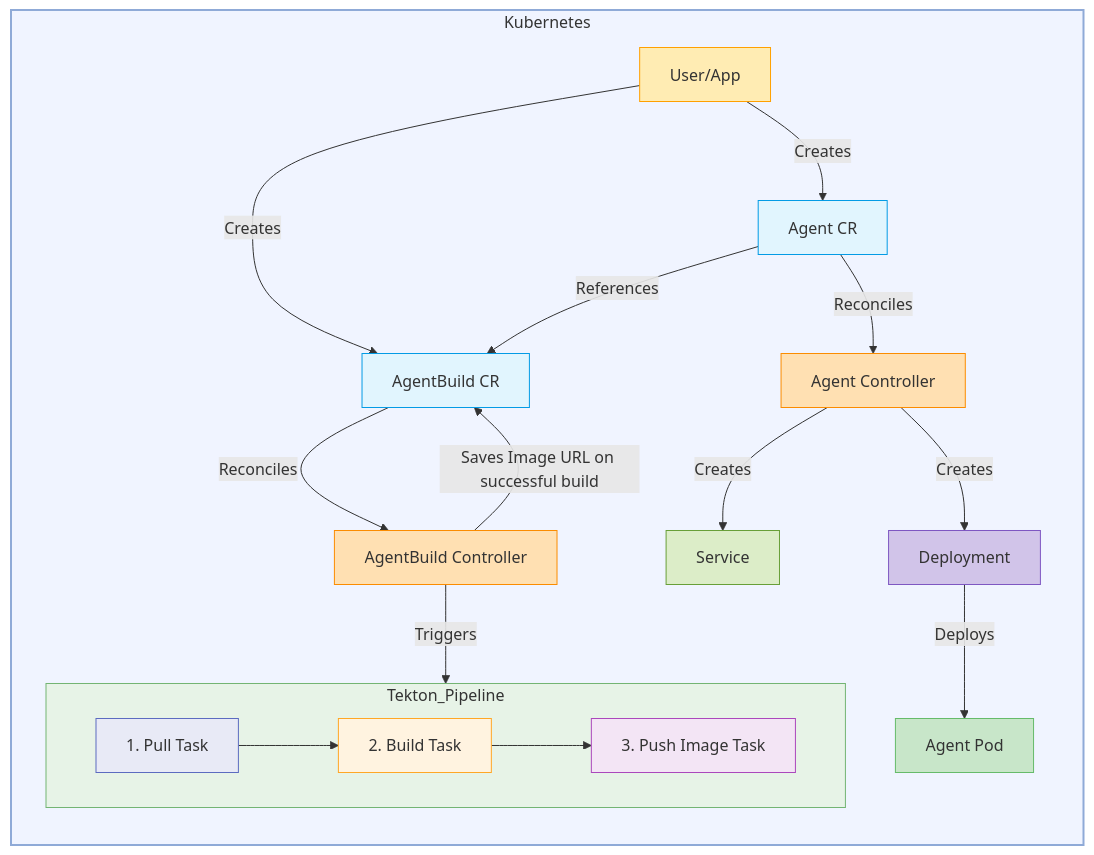
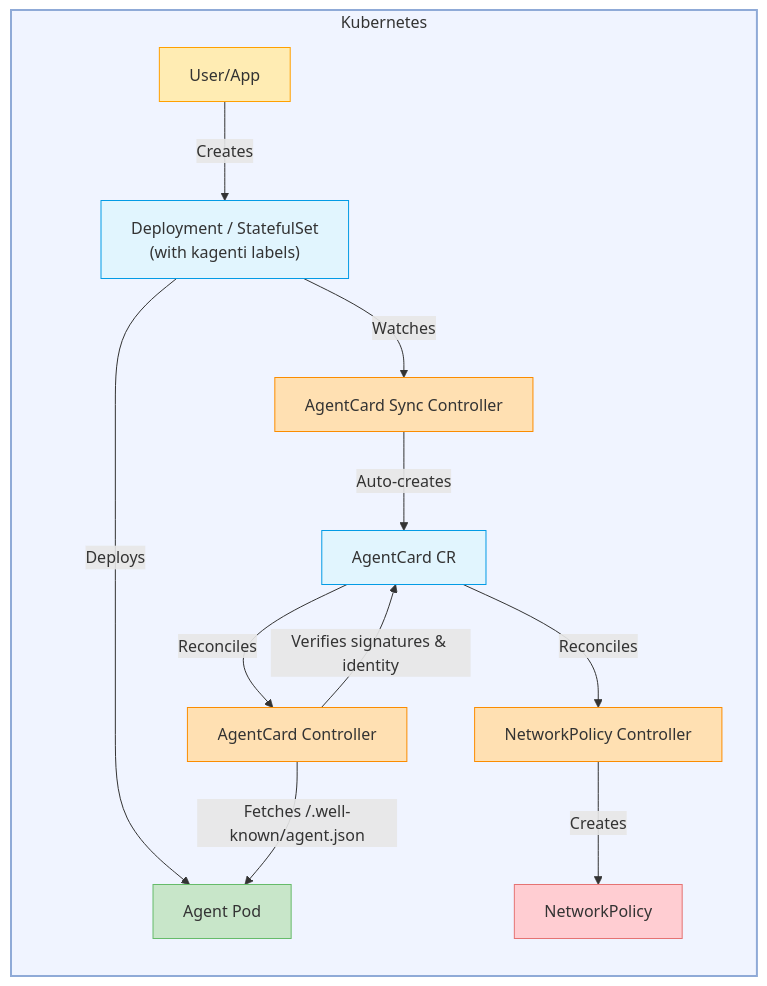
Before and after one commit to DeanKelly751/kagenti-operator: the diagram in README.md, drawn with Mermaid. The commit also changed other lines of this file and 8 other files, not shown here.

First line of the commit message:
docs: update documentation to reflect new architecture

````diff
--- a/README.md
+++ b/README.md
@@ -29,59 +33,42 @@
 ```mermaid
 graph TD;
     subgraph Kubernetes
         direction TB
         style Kubernetes fill:#f0f4ff,stroke:#8faad7,stroke-width:2px
 
         User[User/App]
         style User fill:#ffecb3,stroke:#ffa000
 
-        AgentCRD["Agent CR"]
-        style AgentCRD fill:#e1f5fe,stroke:#039be5
+        Workload["Deployment / StatefulSet\n(with kagenti labels)"]
+        style Workload fill:#e1f5fe,stroke:#039be5
 
-        AgentBuildCRD["AgentBuild CR"]
-        style AgentBuildCRD fill:#e1f5fe,stroke:#039be5
+        User -->|Creates| Workload
 
-        User -->|Creates| AgentCRD
-        User -->|Creates| AgentBuildCRD
+        AgentCardSync[AgentCard Sync Controller]
+        style AgentCardSync fill:#ffe0b2,stroke:#fb8c00
 
-        AgentController[Agent Controller]
-        style AgentController fill:#ffe0b2,stroke:#fb8c00
+        AgentCardController[AgentCard Controller]
+        style AgentCardController fill:#ffe0b2,stroke:#fb8c00
 
-        AgentBuildController[AgentBuild Controller]
-        style AgentBuildController fill:#ffe0b2,stroke:#fb8c00
-
-        Service_Service[Service]
-        style Service_Service fill:#dcedc8,stroke:#689f38
-
-        Deployment_Deployment[Deployment]
-        style Deployment_Deployment fill:#d1c4e9,stroke:#7e57c2
+        NetworkPolicyController[NetworkPolicy Controller]
+        style NetworkPolicyController fill:#ffe0b2,stroke:#fb8c00
 
         AgentPod[Agent Pod]
         style AgentPod fill:#c8e6c9,stroke:#66bb6a
 
-        AgentCRD -->|Reconciles| AgentController
-        AgentBuildCRD -->|Reconciles| AgentBuildController
+        AgentCardCRD["AgentCard CR"]
+        style AgentCardCRD fill:#e1f5fe,stroke:#039be5
 
-        AgentController --> |Creates| Service_Service
-        AgentController --> |Creates| Deployment_Deployment
+        NetworkPolicy["NetworkPolicy"]
+        style NetworkPolicy fill:#ffcdd2,stroke:#e57373
 
-        Deployment_Deployment --> |Deploys| AgentPod
-
-        subgraph Tekton_Pipeline
-            direction LR
-            style Tekton_Pipeline fill:#e7f3e7,stroke:#73b473,stroke-width:1px
-
-            Pull[1. Pull Task]
-            style Pull fill:#e8eaf6,stroke:#5c6bc0
-            Build[2. Build Task]
-            style Build fill:#fff3e0,stroke:#ffa726
-            Push[3. Push Image Task]
-            style Push fill:#f3e5f5,stroke:#ab47bc
-            Pull --> Build --> Push
-        end
-
-        AgentBuildController -->|Triggers| Tekton_Pipeline
-        AgentBuildController -->|Saves Image URL on successful build| AgentBuildCRD
-        AgentCRD -->|References| AgentBuildCRD
+        Workload -->|Deploys| AgentPod
+        Workload -->|Watches| AgentCardSync
+        AgentCardSync -->|Auto-creates| AgentCardCRD
+        AgentCardCRD -->|Reconciles| AgentCardController
+        AgentCardController -->|Fetches /.well-known/agent.json| AgentPod
+        AgentCardController -->|Verifies signatures & identity| AgentCardCRD
+        AgentCardCRD -->|Reconciles| NetworkPolicyController
+        NetworkPolicyController -->|Creates| NetworkPolicy
     end
 ```
````
